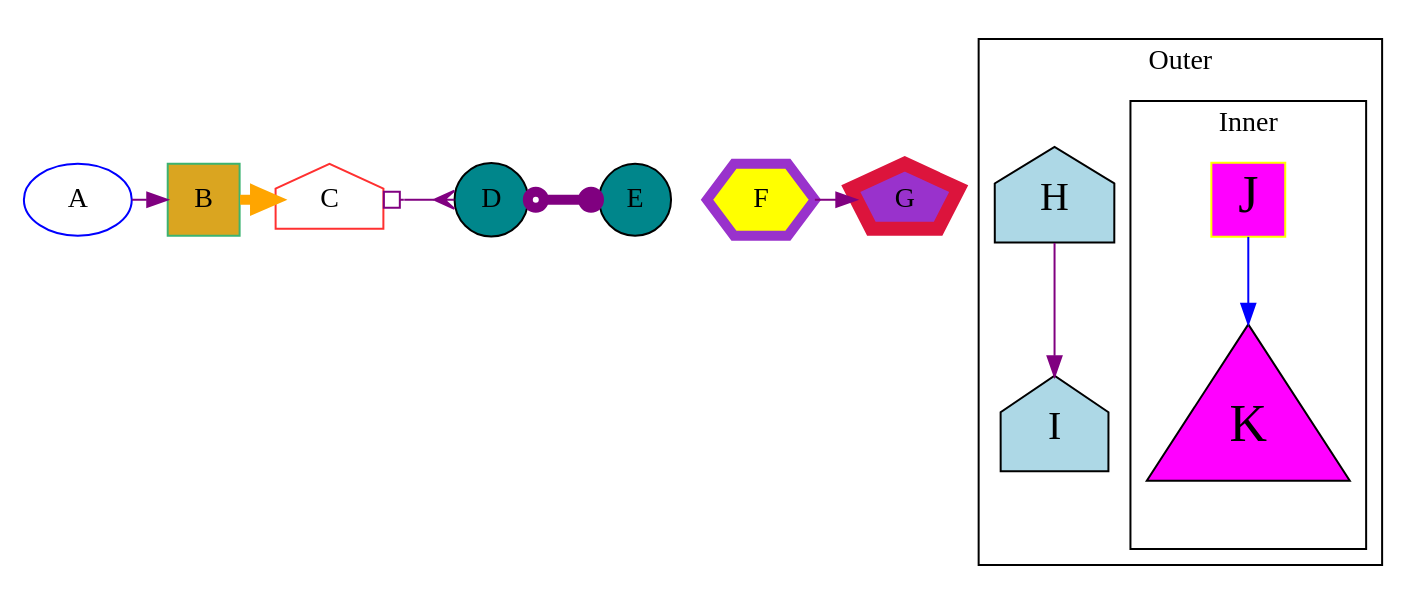
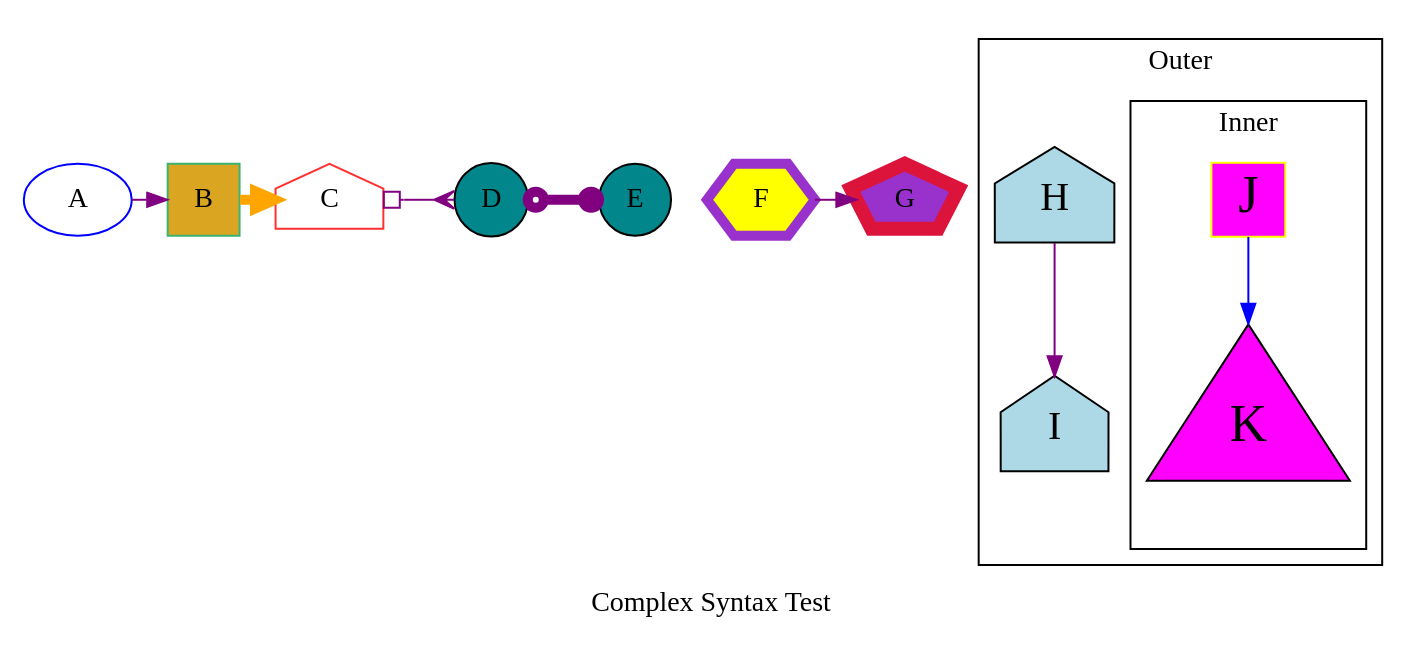
Before and after one commit to graphviz-perl/GraphViz2-Marpa: the diagram in data/55.gv, drawn with Graphviz. The commit also changed 3 other files, not shown here.

```diff
--- a/data/55.gv
+++ b/data/55.gv
@@ -1,46 +1,48 @@
 strict digraph graph_55
 {
+	label = "Complex Syntax Test"
+
 	A [color = blue]
 
 	node [shape = house]
 	edge [color = purple]
 
 	{
 		rank = same
 		C
 		node [fillcolor = goldenrod shape = circle style = filled]
 		A -> B
 		B [color = mediumseagreen]
 		C [color = firebrick1]
 		B -> C [color = orange penwidth = 5]
 		node [fillcolor = turquoise4]
 		C -> D [arrowtail = obox arrowhead = crow dir = both minlen = 2]
 		D -> E [arrowtail = odot arrowhead = dot dir = both minlen = 2 penwidth = 5]
 		{
 			node [fillcolor = darkorchid shape = pentagon]
 			F [color = darkorchid fillcolor = yellow penwidth = 5 shape = hexagon]
 			G [color = crimson penwidth = 7]
 			F -> G
 		}
 	}
 
 	B [shape = square]
 
 	node [fillcolor = lightblue fontsize = 20 style = filled]
 
 	subgraph cluster_outer
 	{
 		label = Outer
 		H -> I
 
 		subgraph cluster_inner
 		{
 			label = Inner
 			node [fillcolor = magenta fontsize = 26 shape = triangle]
 			edge [color = blue]
 			J [color = yellow shape = square]
 			J -> K
 		}
 	}
 	graph [rankdir = TB]
 }
```
